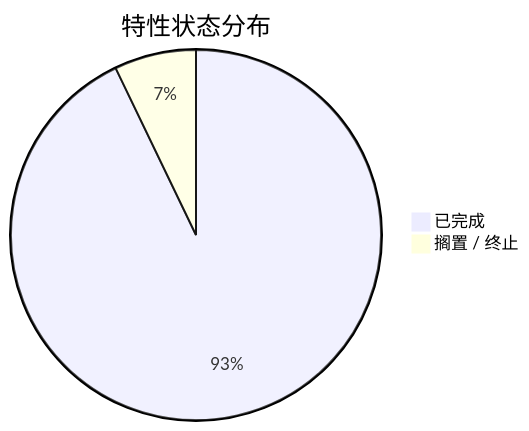
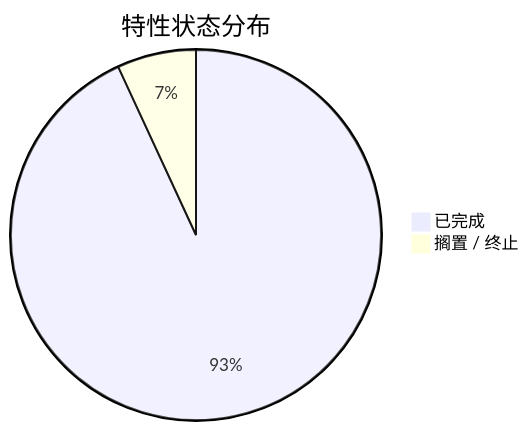
Before and after one commit to THZSummer/sddu: the third of 8 diagrams in .sddu/ROADMAP.md, drawn with Mermaid. The commit also changed other lines of this file, not shown here.

First line of the commit message:
docs(roadmap): 规划 v10 生态开放大版本（custom-sddu + sddu 推广）

````diff
--- a/.sddu/ROADMAP.md
+++ b/.sddu/ROADMAP.md
@@ -88,5 +91,5 @@
 ```mermaid
 pie title 特性状态分布
-    "已完成" : 26
+    "已完成" : 27
     "搁置 / 终止" : 2
 ```
````
